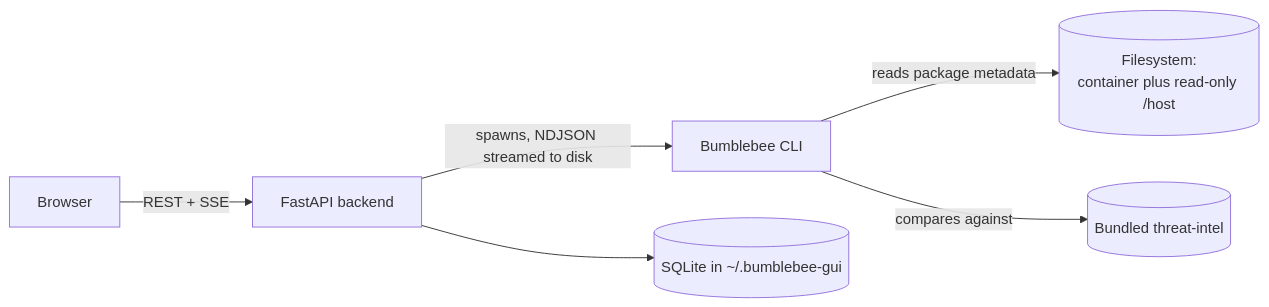
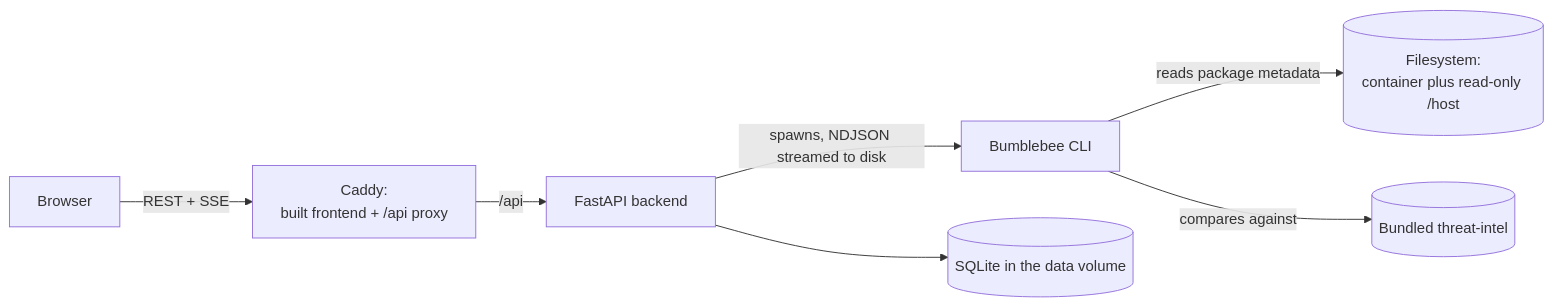
One commit to ruangraung/bumblebee-gui changed the first of 2 diagrams in README.md. Above: the diagram before and after it, drawn with Mermaid. The commit also changed other lines of this file, not shown here.

````diff
--- a/README.md
+++ b/README.md
@@ -146,8 +146,9 @@
 ```mermaid
 flowchart LR
-  U[Browser] -->|REST + SSE| A[FastAPI backend]
+  U[Browser] -->|REST + SSE| W[Caddy:<br/>built frontend + /api proxy]
+  W -->|/api| A[FastAPI backend]
   A -->|spawns, NDJSON streamed to disk| C[Bumblebee CLI]
   C -->|reads package metadata| F[(Filesystem:<br/>container plus read-only /host)]
   C -->|compares against| T[(Bundled threat-intel)]
-  A --> D[(SQLite in ~/.bumblebee-gui)]
+  A --> D[(SQLite in the data volume)]
 ```
````
